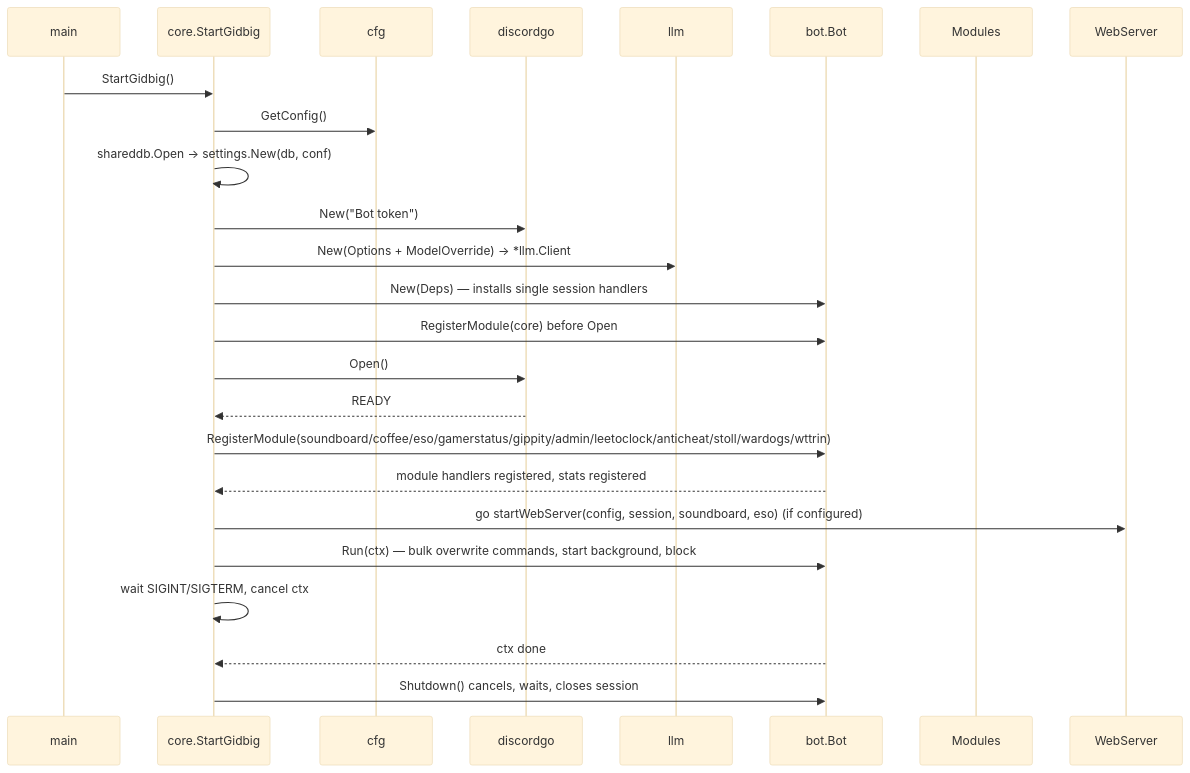
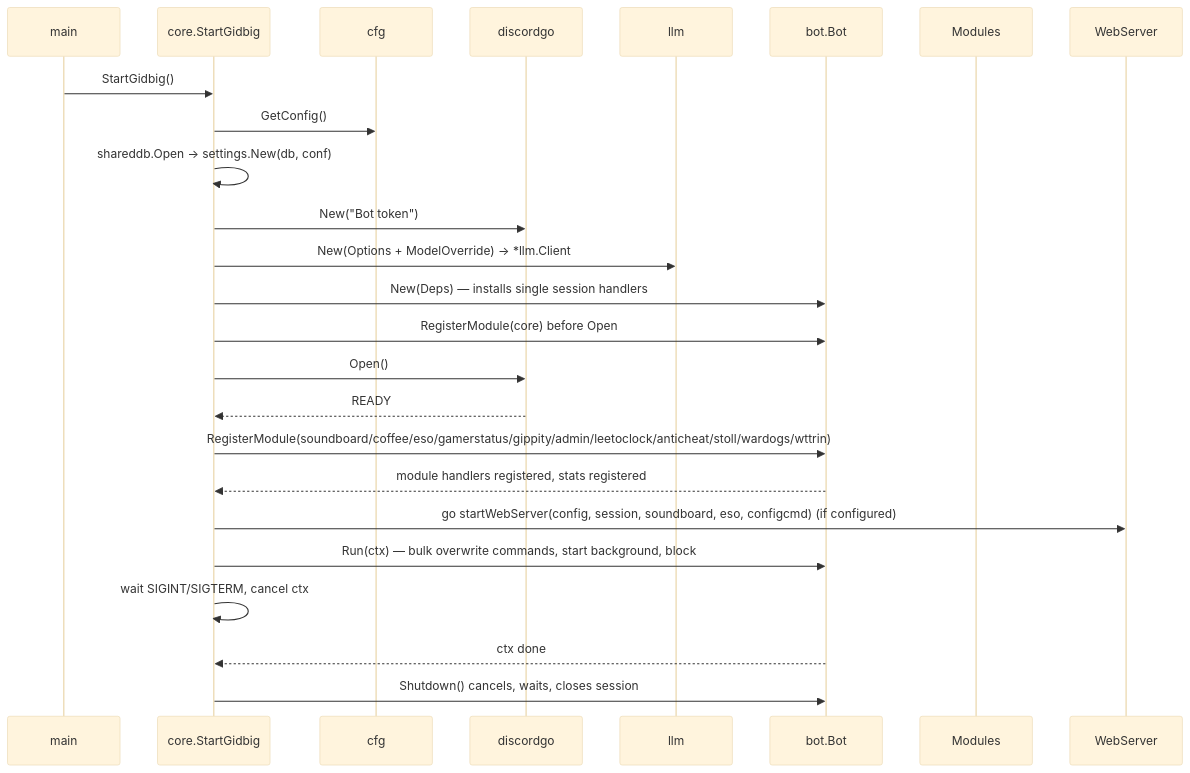
One commit to toksikk/gidbig changed the first of 2 diagrams in docs/modules/core.md. Above: the diagram before and after it, drawn with Mermaid (base theme). The commit also changed other lines of this file and 2 other files, not shown here.

Commit message:
docs: describe the web admin panel

````diff
--- a/docs/modules/core.md
+++ b/docs/modules/core.md
@@ -25,28 +32,28 @@
 ```mermaid
 sequenceDiagram
     participant main
     participant core as core.StartGidbig
     participant cfg
     participant dg as discordgo
     participant llm
     participant bot as bot.Bot
     participant mod as Modules
     participant web as WebServer
 
     main->>core: StartGidbig()
     core->>cfg: GetConfig()
     core->>core: shareddb.Open → settings.New(db, conf)
     core->>dg: New("Bot token")
     core->>llm: New(Options + ModelOverride) → *llm.Client
     core->>bot: New(Deps) — installs single session handlers
     core->>bot: RegisterModule(core) before Open
     core->>dg: Open()
     dg-->>core: READY
     core->>bot: RegisterModule(soundboard/coffee/eso/gamerstatus/gippity/admin/leetoclock/anticheat/stoll/wardogs/wttrin)
     bot-->>core: module handlers registered, stats registered
-    core->>web: go startWebServer(config, session, soundboard, eso) (if configured)
+    core->>web: go startWebServer(config, session, soundboard, eso, configcmd) (if configured)
     core->>bot: Run(ctx) — bulk overwrite commands, start background, block
     core->>core: wait SIGINT/SIGTERM, cancel ctx
     bot-->>core: ctx done
     core->>bot: Shutdown() cancels, waits, closes session
 ```
````
